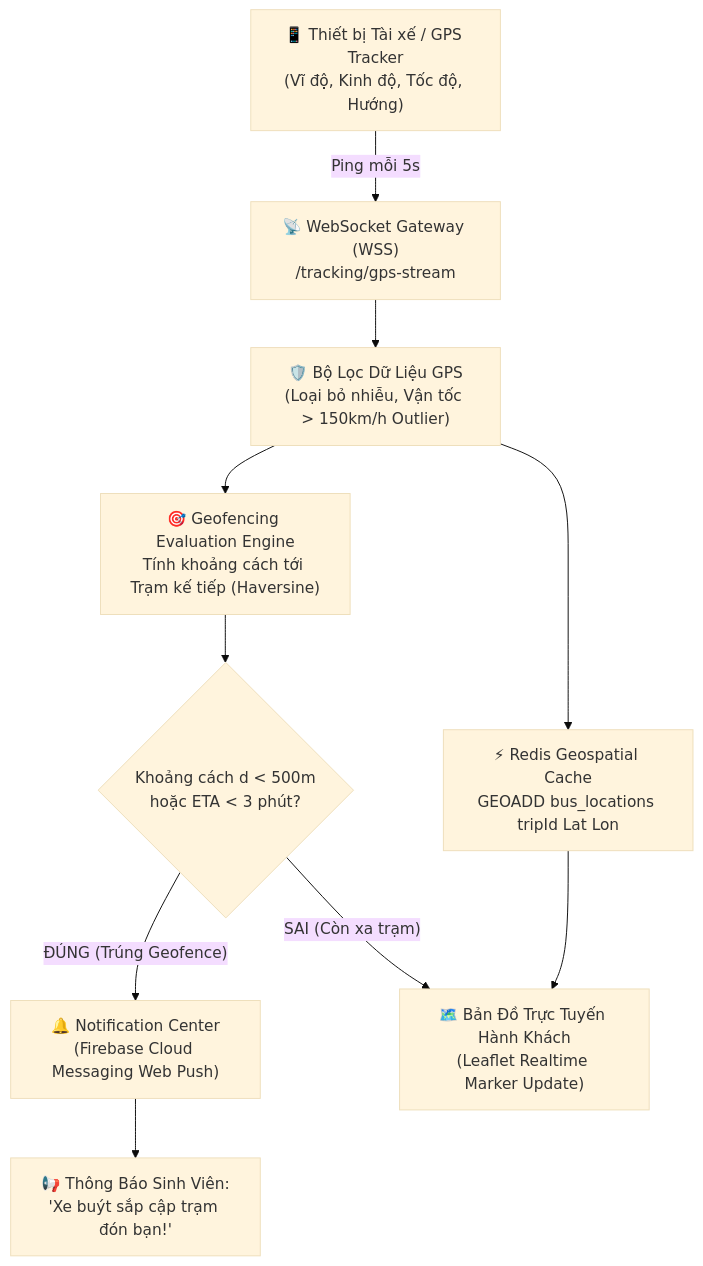
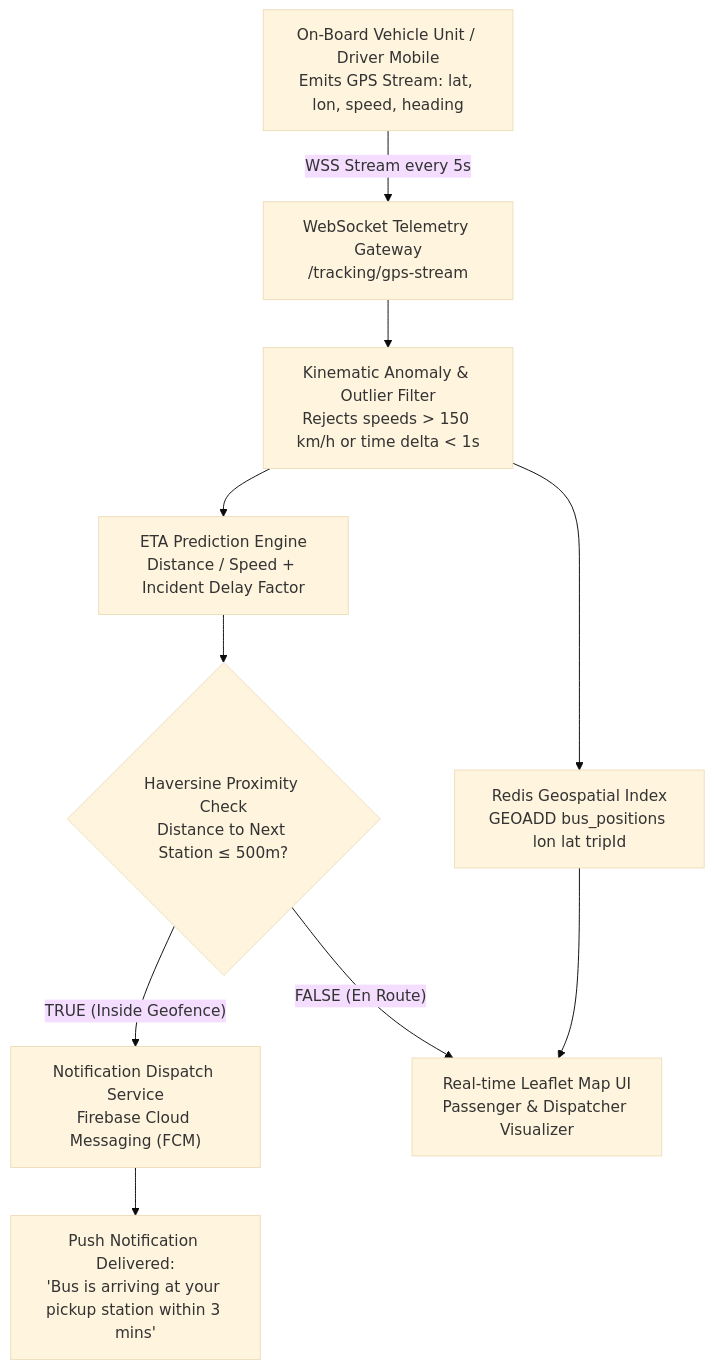
One commit to tubanhoa/QLy_V-_Xe_Bu-t_Th-ng_Minh changed the fourth of 6 diagrams in README.md. Above: the diagram before and after it, drawn with Mermaid (base theme). The commit also changed other lines of this file, not shown here.

Commit message:
docs: standardize README.md with enterprise-grade mathematical specs, C4 diagrams and zero emojis

````diff
--- a/README.md
+++ b/README.md
@@ -344,25 +396,24 @@
 ```mermaid
 flowchart TD
-    DriverGPS["📱 Thiết bị Tài xế / GPS Tracker<br/>(Vĩ độ, Kinh độ, Tốc độ, Hướng)"]
-    WebSocketGW["📡 WebSocket Gateway (WSS)<br/>/tracking/gps-stream"]
-    KalmanFilter["🛡️ Bộ Lọc Dữ Liệu GPS<br/>(Loại bỏ nhiễu, Vận tốc > 150km/h Outlier)"]
-    RedisGeo["⚡ Redis Geospatial Cache<br/>GEOADD bus_locations tripId Lat Lon"]
+    OBU["On-Board Vehicle Unit / Driver Mobile<br/>Emits GPS Stream: lat, lon, speed, heading"]
+    WSS["WebSocket Telemetry Gateway<br/>/tracking/gps-stream"]
+    KinematicFilter["Kinematic Anomaly & Outlier Filter<br/>Rejects speeds > 150 km/h or time delta < 1s"]
+    RedisSpatial["Redis Geospatial Index<br/>GEOADD bus_positions lon lat tripId"]
     
-    GeofenceEngine["🎯 Geofencing Evaluation Engine<br/>Tính khoảng cách tới Trạm kế tiếp (Haversine)"]
-    CheckRadius{"Khoảng cách d < 500m<br/>hoặc ETA < 3 phút?"}
+    GeoEval{"Haversine Proximity Check<br/>Distance to Next Station &le; 500m?"}
+    ETAPredictor["ETA Prediction Engine<br/>Distance / Speed + Incident Delay Factor"]
+    PushTrigger["Notification Dispatch Service<br/>Firebase Cloud Messaging (FCM)"]
+    WebClient["Real-time Leaflet Map UI<br/>Passenger & Dispatcher Visualizer"]
+    PassengerAlert["Push Notification Delivered:<br/>'Bus is arriving at your pickup station within 3 mins'"]
+
+    OBU -->|WSS Stream every 5s| WSS
+    WSS --> KinematicFilter
+    KinematicFilter --> RedisSpatial
+    RedisSpatial --> WebClient
     
-    PushService["🔔 Notification Center<br/>(Firebase Cloud Messaging Web Push)"]
-    LiveMapClient["🗺️ Bản Đồ Trực Tuyến Hành Khách<br/>(Leaflet Realtime Marker Update)"]
-    AlertPassenger["📢 Thông Báo Sinh Viên:<br/>'Xe buýt sắp cập trạm đón bạn!'"]
-
-    DriverGPS -->|Ping mỗi 5s| WebSocketGW
-    WebSocketGW --> KalmanFilter
-    KalmanFilter --> RedisGeo
-    RedisGeo --> LiveMapClient
-    
-    KalmanFilter --> GeofenceEngine
-    GeofenceEngine --> CheckRadius
-    CheckRadius -- "ĐÚNG (Trúng Geofence)" --> PushService
-    CheckRadius -- "SAI (Còn xa trạm)" --> LiveMapClient
-    PushService --> AlertPassenger
+    KinematicFilter --> ETAPredictor
+    ETAPredictor --> GeoEval
+    GeoEval -- "TRUE (Inside Geofence)" --> PushTrigger
+    GeoEval -- "FALSE (En Route)" --> WebClient
+    PushTrigger --> PassengerAlert
 ```
````
